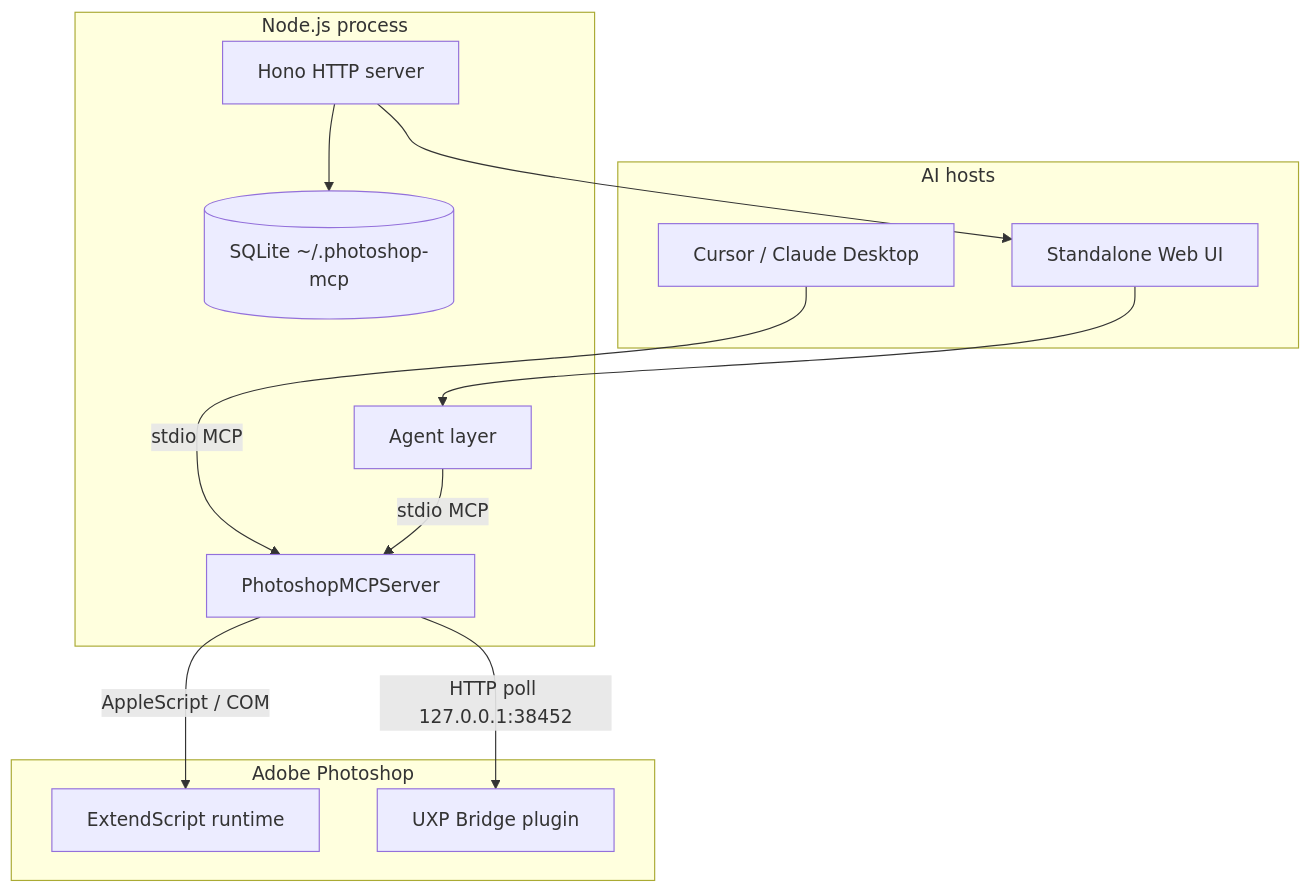
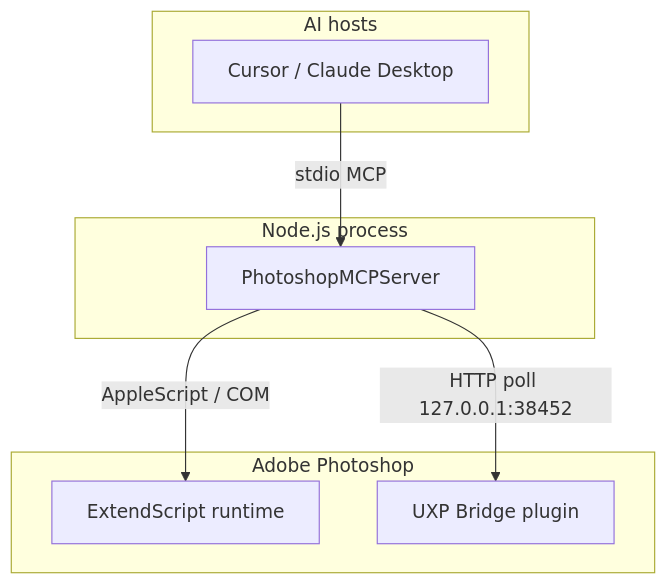
One commit to zohartito/photoshop-mcp changed the diagram in docs/architecture.md. Above: the diagram before and after it, drawn with Mermaid. The commit also changed other lines of this file and 13 other files, not shown here.

````diff
--- a/docs/architecture.md
+++ b/docs/architecture.md
@@ -15,27 +15,19 @@
 ```mermaid
 flowchart TB
   subgraph hosts [AI hosts]
     IDE[Cursor / Claude Desktop]
-    UI[Standalone Web UI]
   end
 
   subgraph node [Node.js process]
     MCP[PhotoshopMCPServer]
-    Hono[Hono HTTP server]
-    Agent[Agent layer]
-    SQLite[(SQLite ~/.photoshop-mcp)]
   end
 
   subgraph ps [Adobe Photoshop]
     ES[ExtendScript runtime]
     UXP[UXP Bridge plugin]
   end
 
   IDE -->|stdio MCP| MCP
-  UI --> Agent
-  Agent -->|stdio MCP| MCP
-  Hono --> UI
-  Hono --> SQLite
   MCP -->|AppleScript / COM| ES
   MCP -->|HTTP poll 127.0.0.1:38452| UXP
 ```
````
